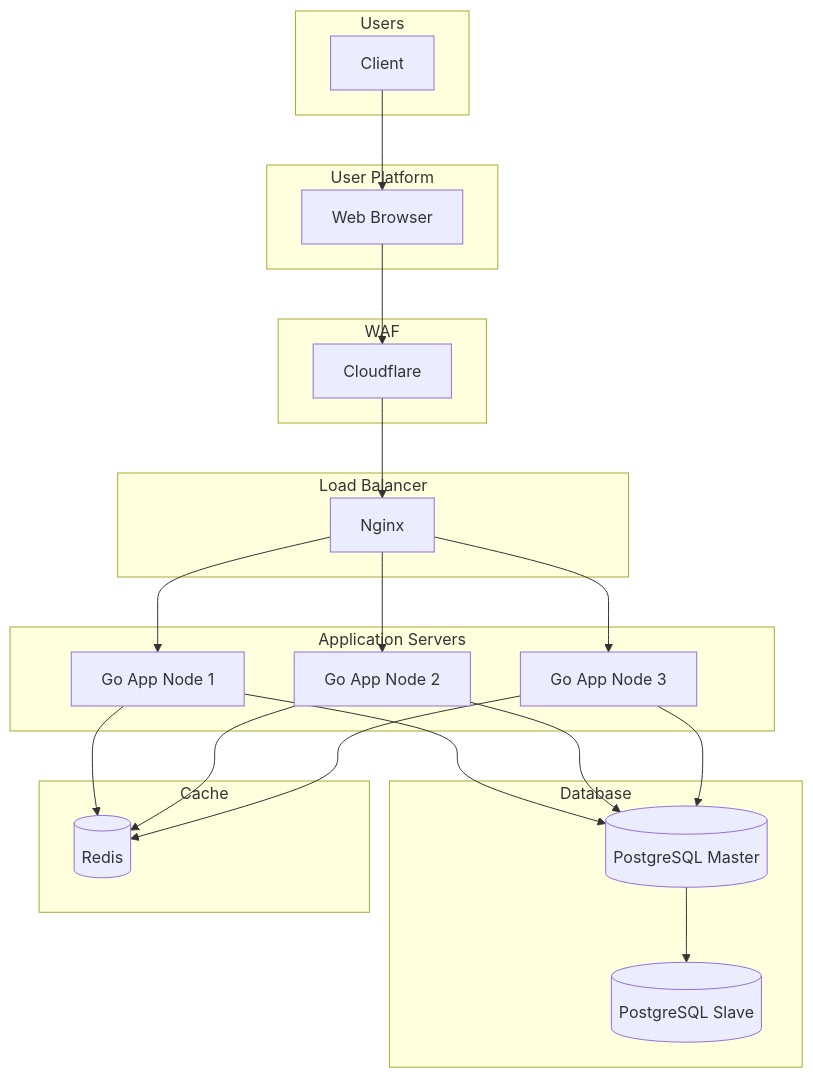
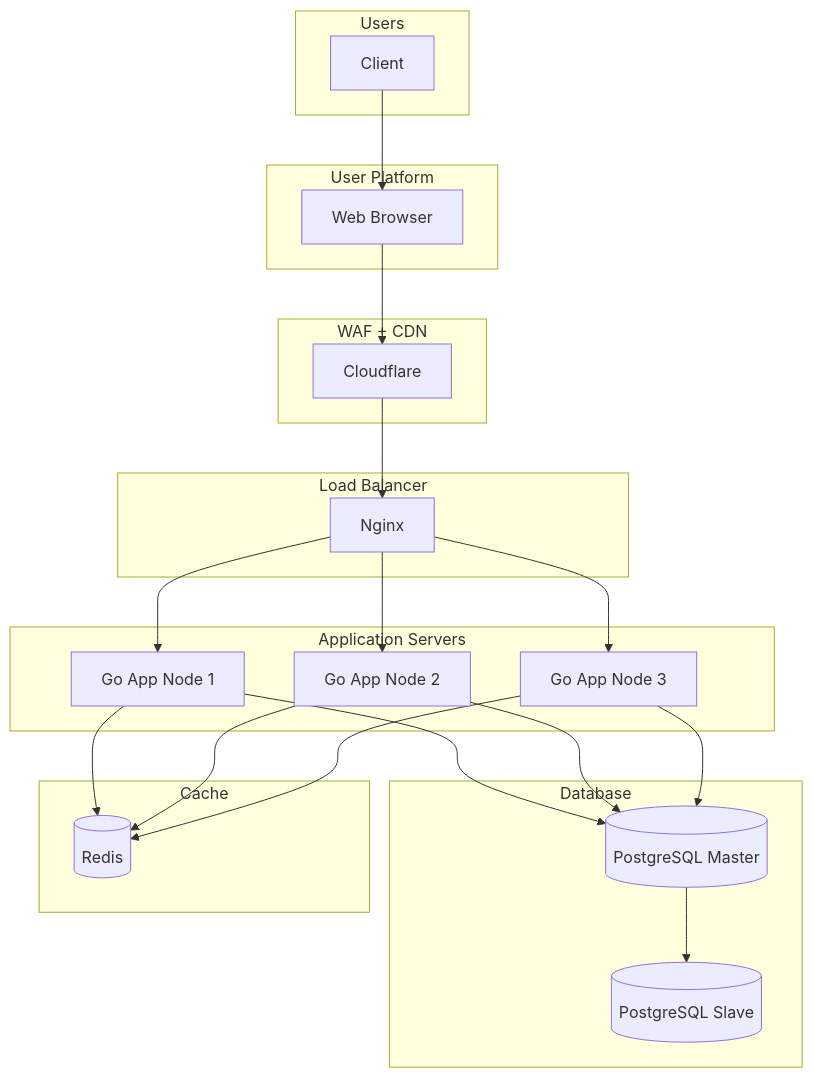
The diagram in high-level-design.md (golanguzb70/mini-instagram-plan), drawn with Mermaid before and after one commit. The commit also changed other lines of this file, not shown here.

Commit message:
HLD: cdn added

````diff
--- a/high-level-design.md
+++ b/high-level-design.md
@@ -5,54 +5,54 @@
 ```mermaid
 flowchart TB
     subgraph Users
         C[Client]
     end
 
     subgraph "User Platform"
         W[Web Browser]
     end
 
     C --> W
 
-    subgraph WAF
+    subgraph "WAF + CDN"
         CF[Cloudflare]
     end
     W --> CF
 
     subgraph "Load Balancer"
         NG[Nginx]
     end
     CF --> NG
 
     subgraph "Application Servers"
         A1[Go App Node 1]
         A2[Go App Node 2]
         A3[Go App Node 3]
     end
     NG --> A1
     NG --> A2
     NG --> A3
 
     subgraph "Database"
         M[(PostgreSQL Master)]
         S[(PostgreSQL Slave)]
     end
     A1 --> M
     A2 --> M
     A3 --> M
     M --> S
 
     subgraph "Cache"
         R[(Redis)]
     end
     A1 --> R
     A2 --> R
     A3 --> R
 
     %% subgraph "Data Warehouse"
     %%     CH[(ClickHouse)]
     %% end
     %% A1 --> CH
     %% A2 --> CH
     %% A3 --> CH
 ```
````
